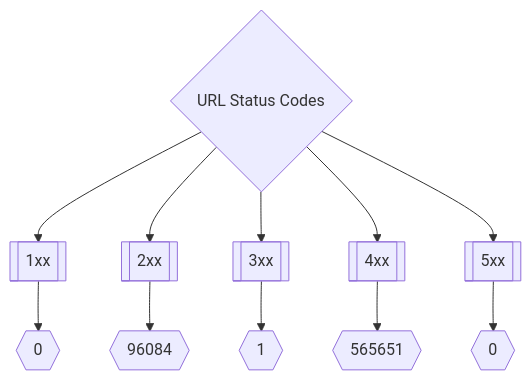
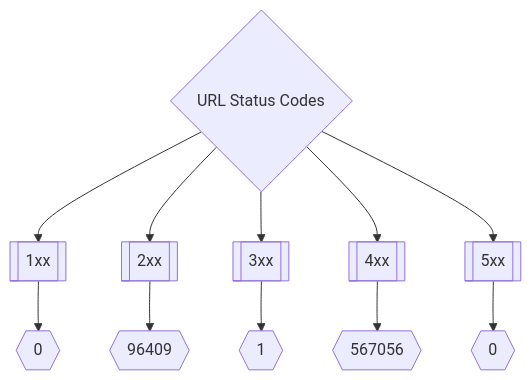
Before and after one commit to trickest/inventory: the second of 3 diagrams in README.md, drawn with Mermaid. The commit also changed other lines of this file, not shown here.

Commit message:
Update README.md Thu Jul 14 21:10:01 UTC 2022

````diff
--- a/README.md
+++ b/README.md
@@ -175,8 +175,8 @@
 ```mermaid
 graph TD
 title{URL Status Codes} --> 1xx[[1xx]] --> status1xxNum{{0}}
-title --> 2xx[[2xx]] --> status2xxNum{{96084}}
+title --> 2xx[[2xx]] --> status2xxNum{{96409}}
 title --> 3xx[[3xx]] --> status3xxNum{{1}}
-title --> 4xx[[4xx]] --> status4xxNum{{565651}}
+title --> 4xx[[4xx]] --> status4xxNum{{567056}}
 title --> 5xx[[5xx]] --> status5xxNum{{0}}
 ```
````
